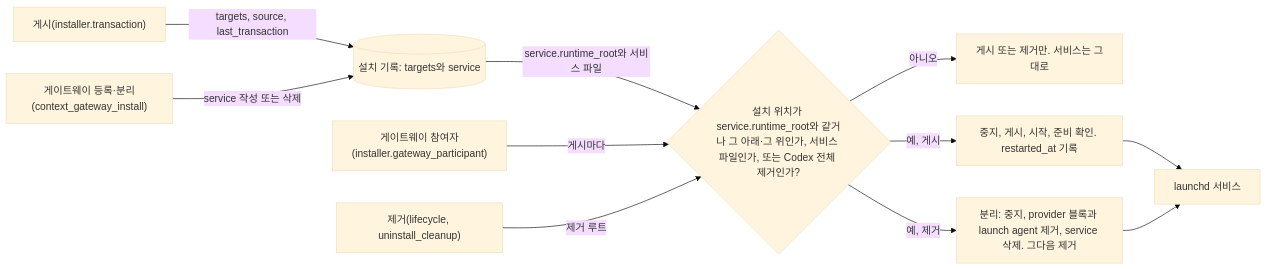
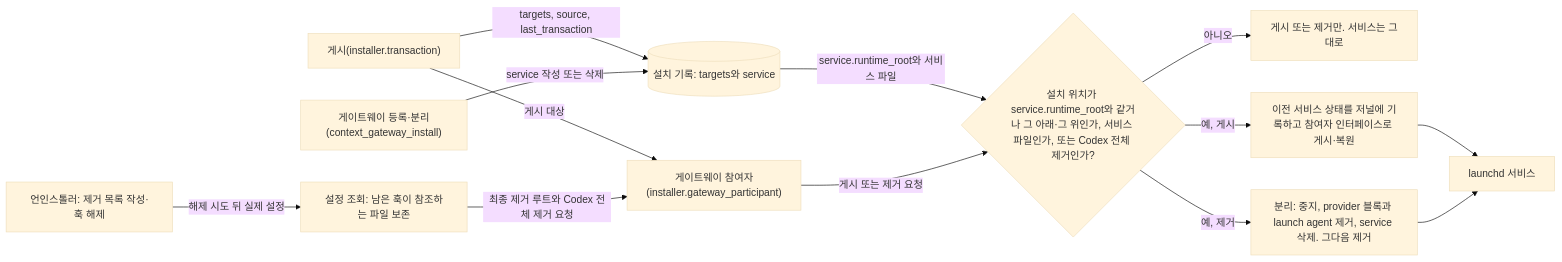
One commit to AidALL/ghost-alice changed the second of 2 diagrams in docs/ko/reference/installer-architecture.md. Above: the diagram before and after it, drawn with Mermaid (base theme). The commit also changed other lines of this file and 135 other files, not shown here.

First line of the commit message:
Align install cleanup, uninstall results, and command parsing (#161) [skip ci]

````diff
--- a/docs/ko/reference/installer-architecture.md
+++ b/docs/ko/reference/installer-architecture.md
@@ -147,20 +184,23 @@
 ```mermaid
 flowchart LR
     REC[("설치 기록: targets와 service")]
     PUB["게시(installer.transaction)"]
     REG["게이트웨이 등록·분리(context_gateway_install)"]
     PART["게이트웨이 참여자(installer.gateway_participant)"]
     JUDGE{"설치 위치가 service.runtime_root와 같거나 그 아래·그 위인가, 서비스 파일인가, 또는 Codex 전체 제거인가?"}
-    REM["제거(lifecycle, uninstall_cleanup)"]
+    REM["언인스톨러: 제거 목록 작성·훅 해제"]
+    CHECK["설정 조회: 남은 훅이 참조하는 파일 보존"]
     SVC["launchd 서비스"]
     PUB -->|"targets, source, last_transaction"| REC
     REG -->|"service 작성 또는 삭제"| REC
     REC -->|"service.runtime_root와 서비스 파일"| JUDGE
-    PART -->|"게시마다"| JUDGE
-    REM -->|"제거 루트"| JUDGE
+    PUB -->|"게시 대상"| PART
+    PART -->|"게시 또는 제거 요청"| JUDGE
+    REM -->|"해제 시도 뒤 실제 설정"| CHECK
+    CHECK -->|"최종 제거 루트와 Codex 전체 제거 요청"| PART
     JUDGE -->|"아니오"| NONE["게시 또는 제거만. 서비스는 그대로"]
-    JUDGE -->|"예, 게시"| STOP["중지, 게시, 시작, 준비 확인. restarted_at 기록"]
+    JUDGE -->|"예, 게시"| STOP["이전 서비스 상태를 저널에 기록하고 참여자 인터페이스로 게시·복원"]
     JUDGE -->|"예, 제거"| DET["분리: 중지, provider 블록과 launch agent 제거, service 삭제. 그다음 제거"]
     STOP --> SVC
     DET --> SVC
 ```
````
